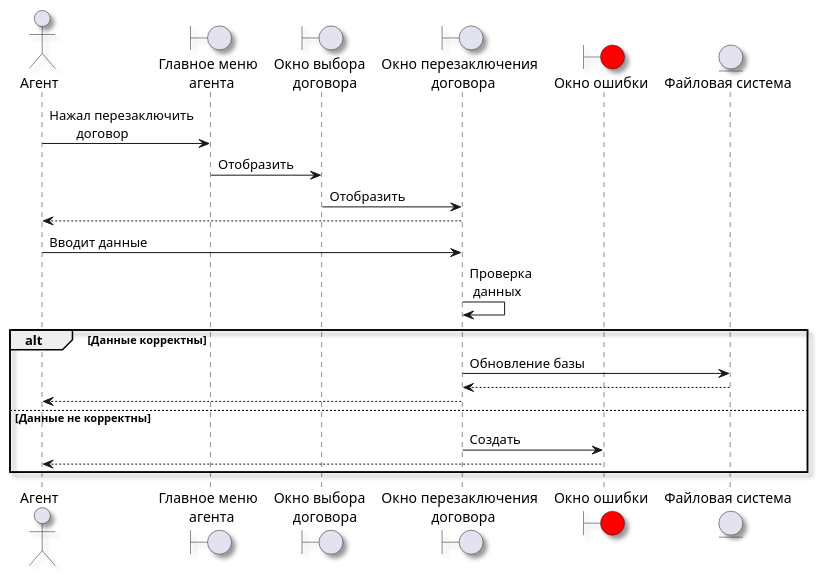
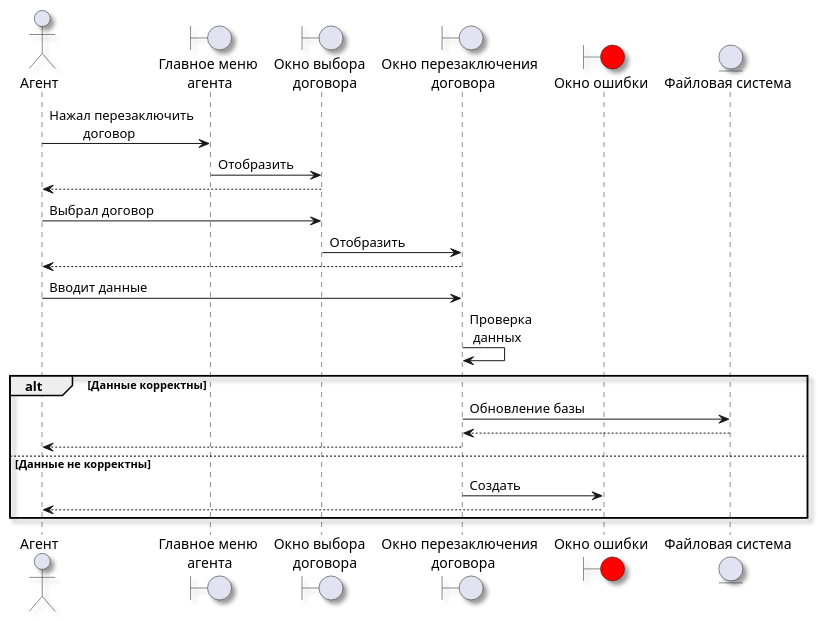
The diagram in Resource/Диаграммы последовательности/Перезаключить договор (Агент).wsd (MiFit1/OSOGO), drawn with PlantUML before and after one commit. The commit also changed 48 other files, not shown here.

Commit message:
Обновлены диаграммы. Обновлена ПЗ.

```diff
--- a/Resource/Диаграммы последовательности/Перезаключить договор (Агент).wsd
+++ b/Resource/Диаграммы последовательности/Перезаключить договор (Агент).wsd
@@ -1,26 +1,28 @@
 @startuml
 skinparam Shadowing true
 actor "Агент" as agent
-boundary "Главное меню\n  агента" as mainMenuAg
+boundary "Главное меню\n агента" as mainMenuAg
 boundary "Окно выбора\n   договора" as contractWindow
 boundary "Окно перезаключения\n  договора" as reContractWindow
 boundary "Окно ошибки" as errorWindow #Red
 
 entity "Файловая система" as fs
 
-agent -> mainMenuAg : Нажал перезаключить\n\tдоговор
+agent -> mainMenuAg : Нажал перезаключить\n\t  договор
 mainMenuAg -> contractWindow : Отобразить
+contractWindow --> agent
+agent -> contractWindow:Выбрал договор
 contractWindow -> reContractWindow : Отобразить
 reContractWindow --> agent
 agent -> reContractWindow : Вводит данные
 reContractWindow -> reContractWindow : Проверка\n данных
 
 alt Данные корректны
     reContractWindow -> fs : Обновление базы
     fs --> reContractWindow
     reContractWindow --> agent
 else Данные не корректны
     reContractWindow -> errorWindow : Создать
     errorWindow --> agent
 end
 @enduml
```
